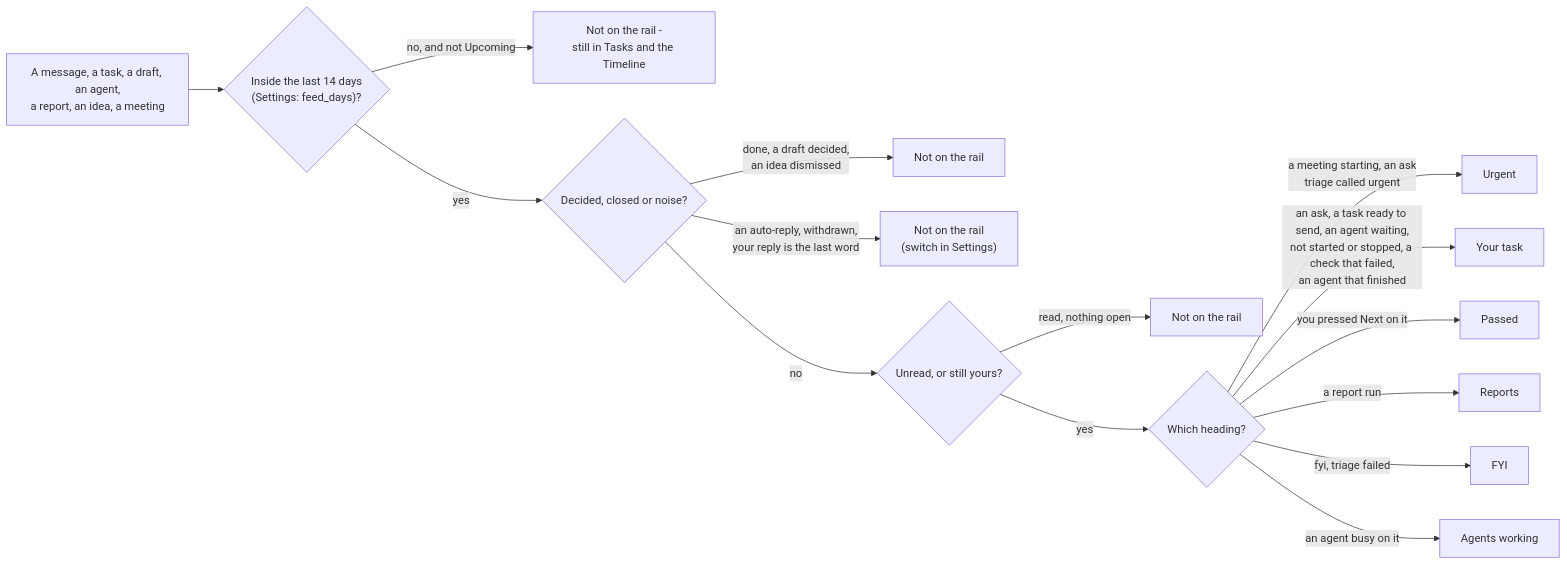
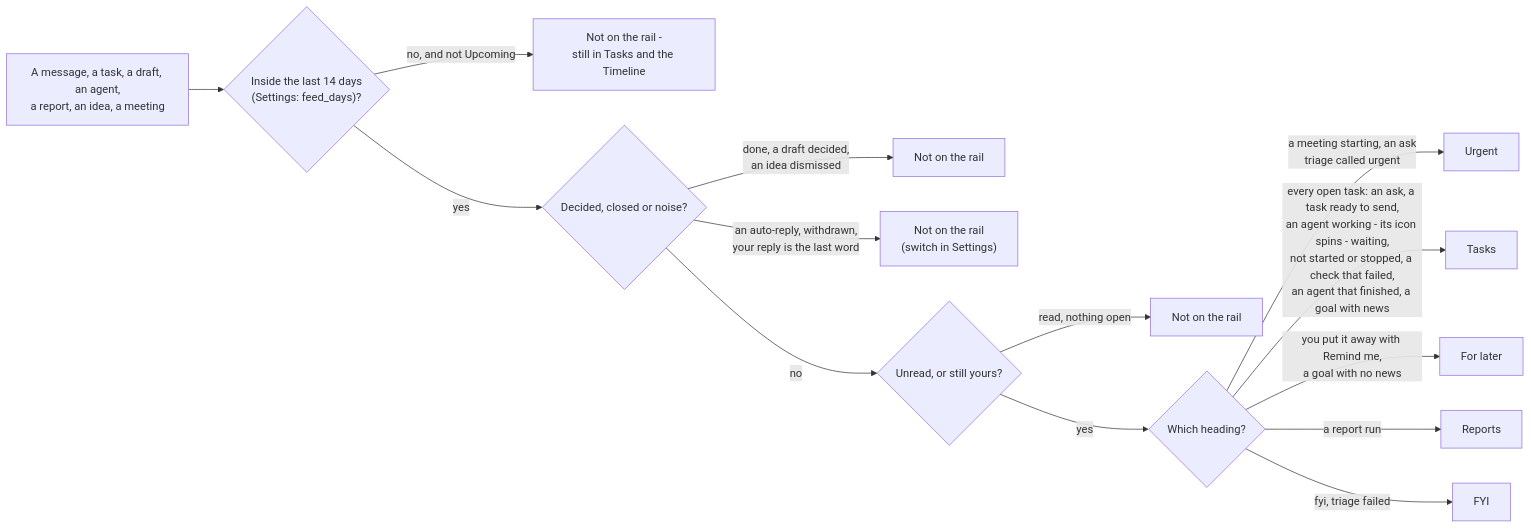
One commit to ldbumble/taskuary changed the first of 2 diagrams in docs/work-rail.md. Above: the diagram before and after it, drawn with Mermaid. The commit also changed other lines of this file and 57 other files, not shown here.

````diff
--- a/docs/work-rail.md
+++ b/docs/work-rail.md
@@ -10,17 +10,16 @@
 ```mermaid
 flowchart LR
   I["A message, a task, a draft, an agent,<br/>a report, an idea, a meeting"] --> W{"Inside the last 14 days<br/>(Settings: feed_days)?"}
   W -->|no, and not Upcoming| X["Not on the rail -<br/>still in Tasks and the Timeline"]
   W -->|yes| D{"Decided, closed or noise?"}
   D -->|done, a draft decided,<br/>an idea dismissed| X2["Not on the rail"]
   D -->|an auto-reply, withdrawn,<br/>your reply is the last word| X3["Not on the rail<br/>(switch in Settings)"]
   D -->|no| U{"Unread, or still yours?"}
   U -->|read, nothing open| X4["Not on the rail"]
   U -->|yes| B{"Which heading?"}
   B -->|a meeting starting, an ask<br/>triage called urgent| B1["Urgent"]
-  B -->|an ask, a task ready to send, an agent waiting,<br/>not started or stopped, a check that failed,<br/>an agent that finished| B2["Your task"]
-  B -->|you pressed Next on it| B5["Passed"]
+  B -->|every open task: an ask, a task ready to send,<br/>an agent working - its icon spins - waiting,<br/>not started or stopped, a check that failed,<br/>an agent that finished, a goal with news| B2["Tasks"]
+  B -->|you put it away with Remind me,<br/>a goal with no news| B5["For later"]
   B -->|a report run| B3["Reports"]
   B -->|fyi, triage failed| B4["FYI"]
-  B -->|an agent busy on it| B6["Agents working"]
 ```
````
